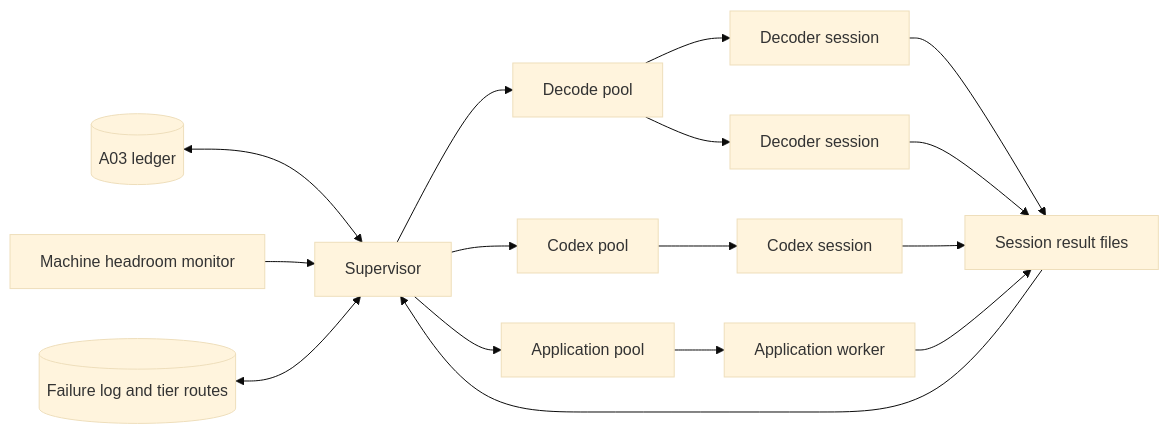
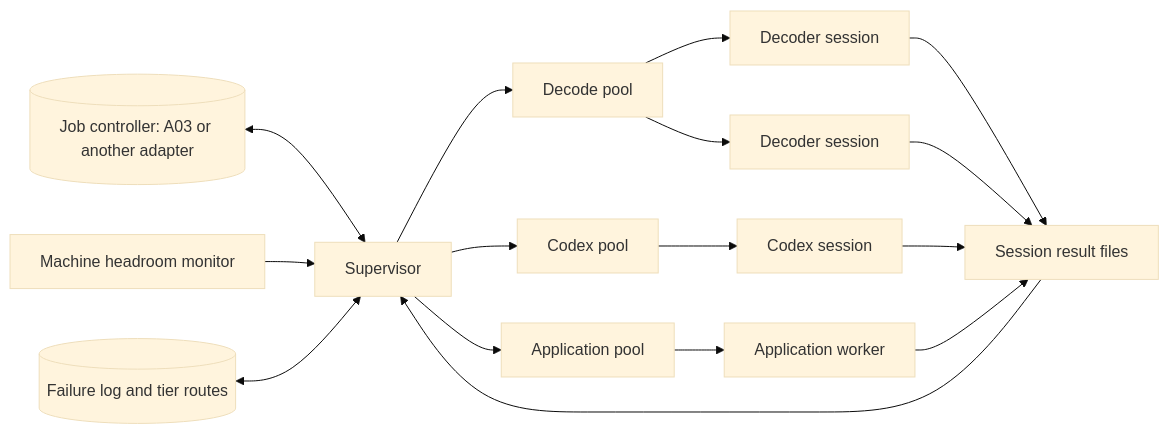
One commit to Stephen316/Kit changed the diagram in Documentation/Reference/Research/ParallelSessions.md. Above: the diagram before and after it, drawn with Mermaid (base theme). The commit also changed other lines of this file and 1 other file, not shown here.

Commit message:
Docs - Rank Codex models by token efficiency and decouple the session controller

````diff
--- a/Documentation/Reference/Research/ParallelSessions.md
+++ b/Documentation/Reference/Research/ParallelSessions.md
@@ -25,18 +28,18 @@
 ```mermaid
 flowchart LR
-    L[(A03 ledger)] <--> S[Supervisor]
+    L[(Job controller: A03 or another adapter)] <--> S[Supervisor]
     S --> P1[Decode pool]
     S --> P2[Codex pool]
     S --> P3[Application pool]
     P1 --> D1[Decoder session]
     P1 --> D2[Decoder session]
     P2 --> C1[Codex session]
     P3 --> A1[Application worker]
     D1 --> R[Session result files]
     D2 --> R
     C1 --> R
     A1 --> R
     R --> S
     M[Machine headroom monitor] --> S
     F[(Failure log and tier routes)] <--> S
 ```
````
